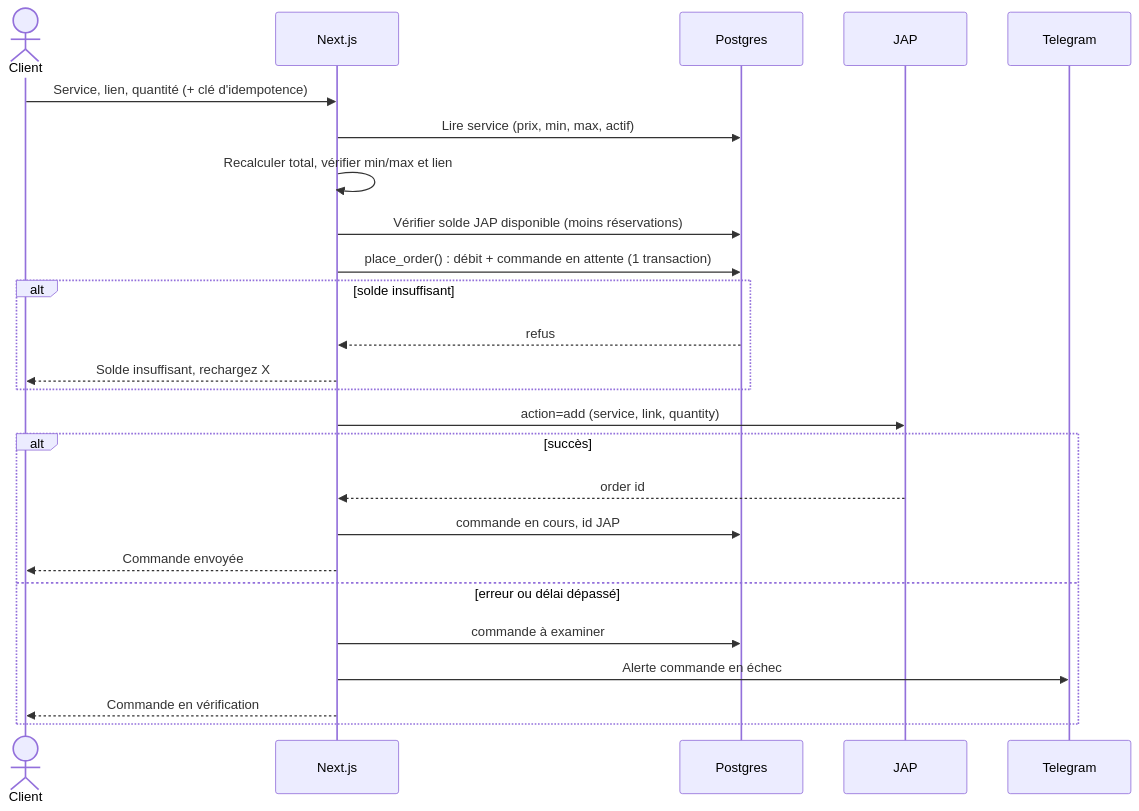
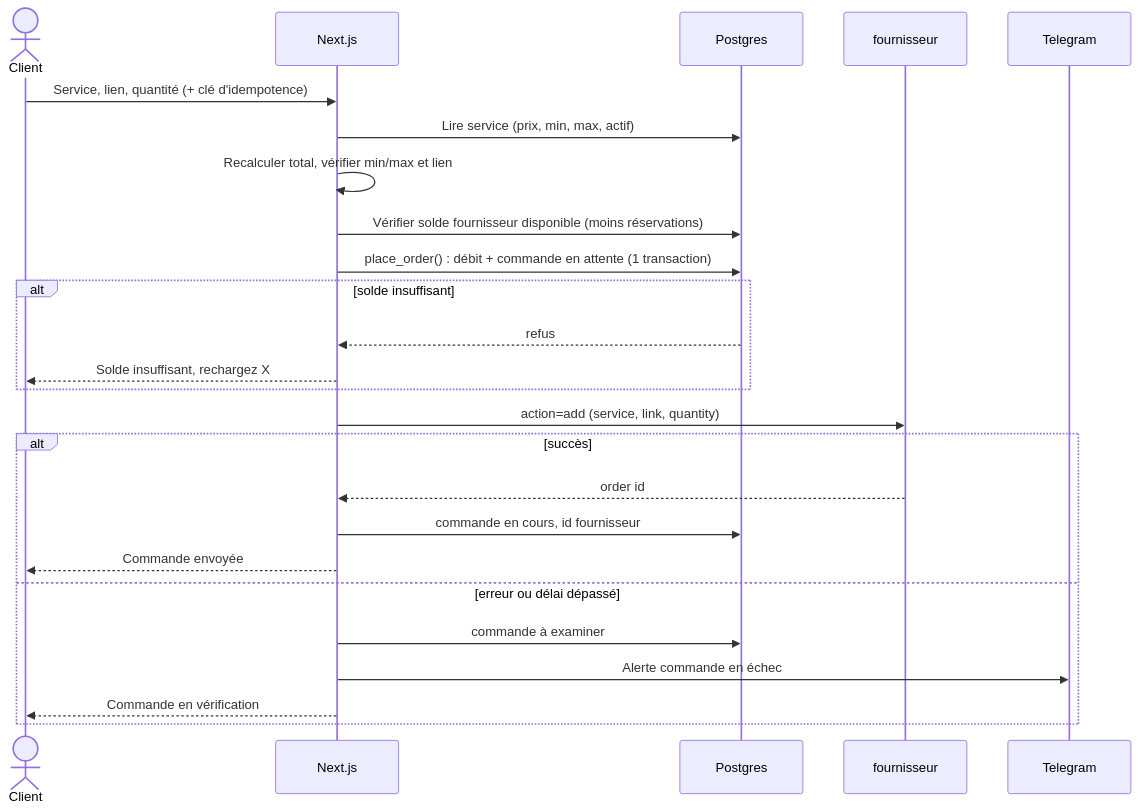
Before and after one commit to lyon32/lyonpanel: the seventh of 13 diagrams in ARCHITECTURE.md, drawn with Mermaid. The commit also changed other lines of this file and 39 other files, not shown here.

Commit message:
docs(phase-4): phase 3 validée, JAP remplacé par fournisseur, plan de la phase 4

````diff
--- a/ARCHITECTURE.md
+++ b/ARCHITECTURE.md
@@ -186,27 +186,27 @@
 ```mermaid
 sequenceDiagram
   actor C as Client
   participant N as Next.js
   participant DB as Postgres
-  participant J as JAP
+  participant J as fournisseur
   participant T as Telegram
   C->>N: Service, lien, quantité (+ clé d'idempotence)
   N->>DB: Lire service (prix, min, max, actif)
   N->>N: Recalculer total, vérifier min/max et lien
-  N->>DB: Vérifier solde JAP disponible (moins réservations)
+  N->>DB: Vérifier solde fournisseur disponible (moins réservations)
   N->>DB: place_order() : débit + commande en attente (1 transaction)
   alt solde insuffisant
     DB-->>N: refus
     N-->>C: Solde insuffisant, rechargez X
   end
   N->>J: action=add (service, link, quantity)
   alt succès
     J-->>N: order id
-    N->>DB: commande en cours, id JAP
+    N->>DB: commande en cours, id fournisseur
     N-->>C: Commande envoyée
   else erreur ou délai dépassé
     N->>DB: commande à examiner
     N->>T: Alerte commande en échec
     N-->>C: Commande en vérification
   end
 ```
````
